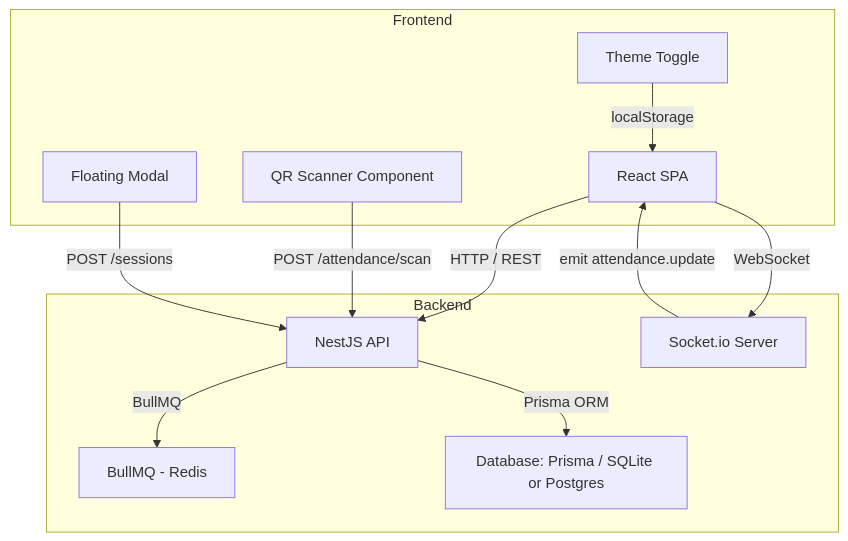
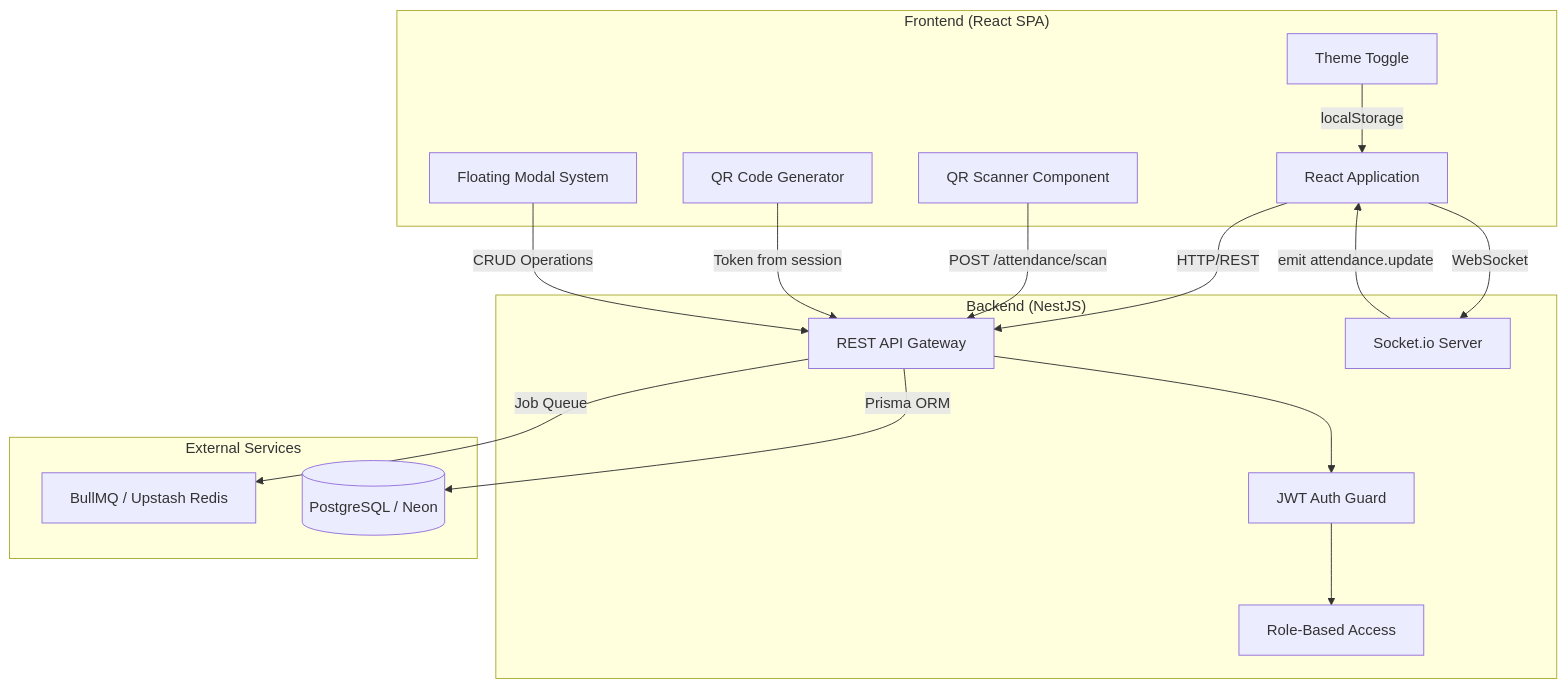
Before and after one commit to bhagyeshmagar/smartqr-attendance: the first of 6 diagrams in PROJECT_DOCUMENTATION.md, drawn with Mermaid. The commit also changed other lines of this file, not shown here.

````diff
--- a/PROJECT_DOCUMENTATION.md
+++ b/PROJECT_DOCUMENTATION.md
@@ -31,30 +61,33 @@
 ```mermaid
 graph TD
-
-%% Frontend nodes (each node on its own line)
-subgraph Frontend
-  Client[React SPA]
-  QRScanner[QR Scanner Component]
-  Modal[Floating Modal]
-  ThemeToggle[Theme Toggle]
-end
-
-%% Backend nodes (each node on its own line; DB label kept simple)
-subgraph Backend
-  API[NestJS API]
-  WS[Socket.io Server]
-  Queue[BullMQ - Redis]
-  DB[Database: Prisma / SQLite or Postgres]
-end
-
-%% Connections (each connection on its own line)
-Client -->|HTTP / REST| API
-Client -->|WebSocket| WS
-API -->|Prisma ORM| DB
-API -->|BullMQ| Queue
-QRScanner -->|POST /attendance/scan| API
-Modal -->|POST /sessions| API
-ThemeToggle -->|localStorage| Client
-WS -->|emit attendance.update| Client
-
+    subgraph "Frontend (React SPA)"
+        Client[React Application]
+        QRScanner[QR Scanner Component]
+        QRGenerator[QR Code Generator]
+        Modal[Floating Modal System]
+        ThemeToggle[Theme Toggle]
+    end
+    
+    subgraph "Backend (NestJS)"
+        API[REST API Gateway]
+        WS[Socket.io Server]
+        AuthGuard[JWT Auth Guard]
+        RoleGuard[Role-Based Access]
+    end
+    
+    subgraph "External Services"
+        Queue[BullMQ / Upstash Redis]
+        DB[(PostgreSQL / Neon)]
+    end
+    
+    Client -->|HTTP/REST| API
+    Client -->|WebSocket| WS
+    API --> AuthGuard --> RoleGuard
+    API -->|Prisma ORM| DB
+    API -->|Job Queue| Queue
+    QRScanner -->|POST /attendance/scan| API
+    QRGenerator -->|Token from session| API
+    Modal -->|CRUD Operations| API
+    ThemeToggle -->|localStorage| Client
+    WS -->|emit attendance.update| Client
 ```
````
